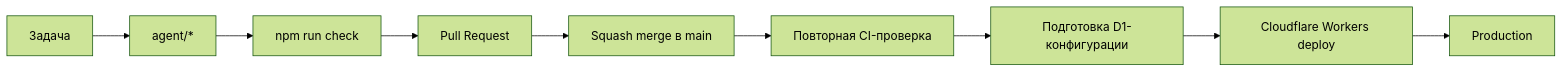
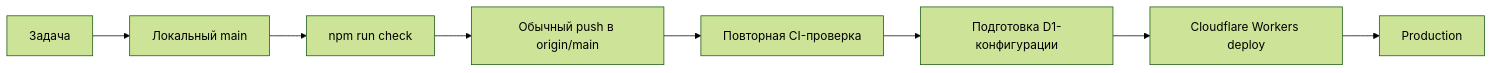
The sixth of 6 diagrams in docs/ARCHITECTURE.md (katrin27108-rgb/rost-habit-garden), drawn with Mermaid (forest theme) before and after one commit. The commit also changed 4 other files, not shown here.

````diff
--- a/docs/ARCHITECTURE.md
+++ b/docs/ARCHITECTURE.md
@@ -85,11 +85,10 @@
 ```mermaid
 flowchart LR
-  Task[Задача] --> Branch[agent/*]
-  Branch --> Checks[npm run check]
-  Checks --> PR[Pull Request]
-  PR --> Main[Squash merge в main]
-  Main --> CI[Повторная CI-проверка]
+  Task[Задача] --> Main[Локальный main]
+  Main --> Checks[npm run check]
+  Checks --> Push[Обычный push в origin/main]
+  Push --> CI[Повторная CI-проверка]
   CI --> Prepare[Подготовка D1-конфигурации]
   Prepare --> Deploy[Cloudflare Workers deploy]
   Deploy --> Prod[Production]
 ```
````
